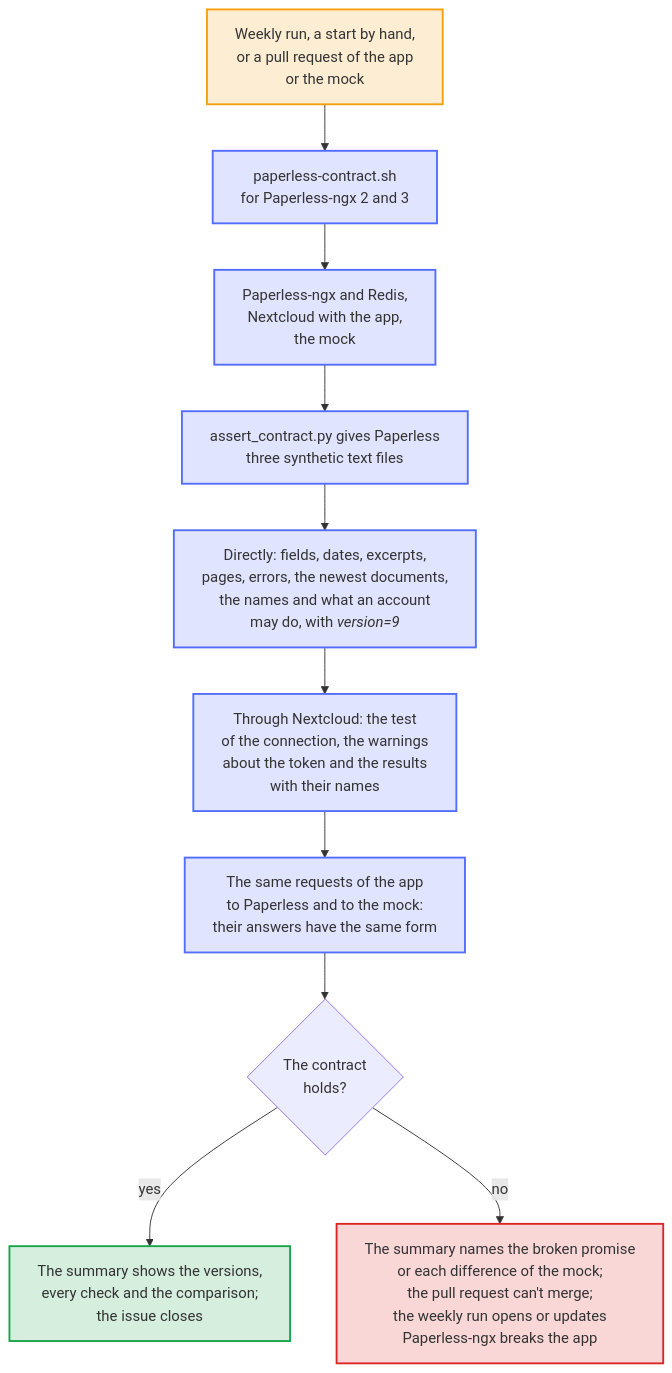
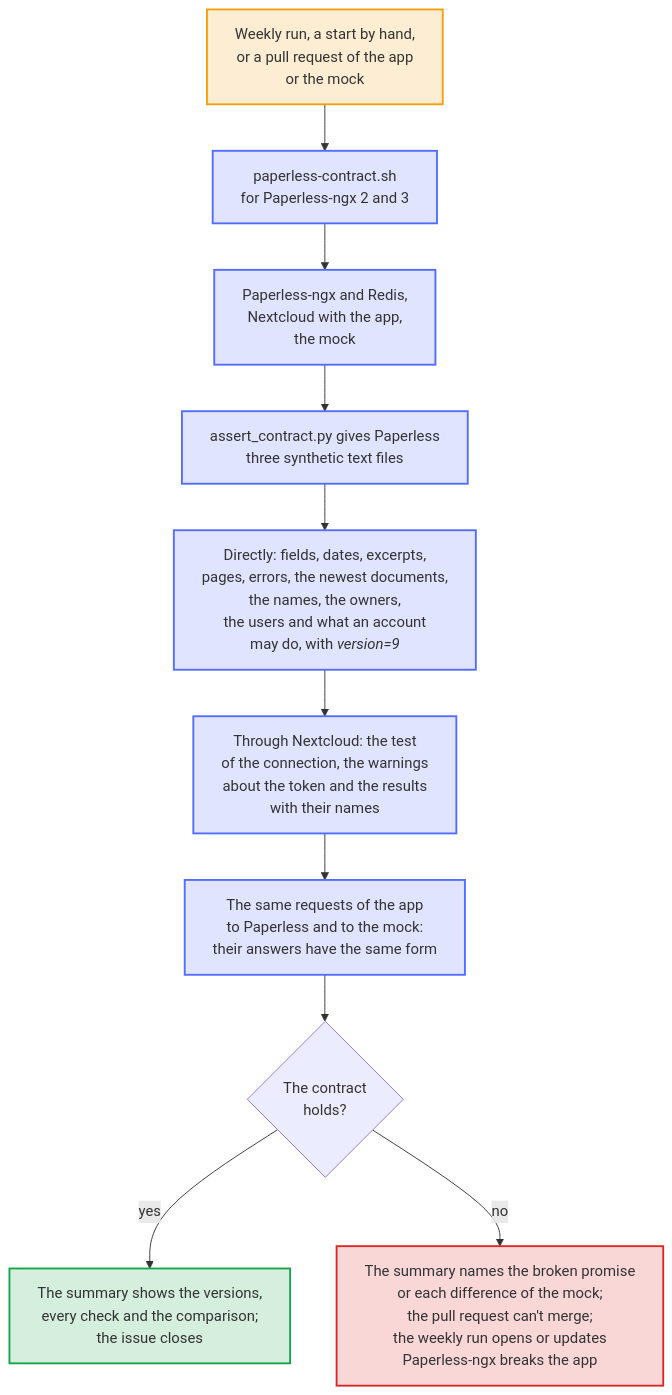
The diagram in docs/diagrams/the-contract-with-paperless.mmd (Dennis-Otto/paperless-unified-search), drawn with Mermaid before and after one commit. The commit also changed 11 other files, not shown here.

First line of the commit message:
test(contract): the contract tests cover the owners request of occ check (#385)

```diff
--- a/docs/diagrams/the-contract-with-paperless.mmd
+++ b/docs/diagrams/the-contract-with-paperless.mmd
@@ -1,32 +1,32 @@
 ---
 config:
   flowchart:
     wrappingWidth: 400
 ---
 flowchart TB
     accTitle: The contract with a real Paperless-ngx
-    accDescr: Every Monday, when started by hand, and in a pull request that changes the app or the mock, the job paperless runs paperless-contract.sh for Paperless-ngx 2 and 3. It starts that Paperless with Redis, Nextcloud with the app and the mock, and assert_contract.py gives Paperless three synthetic text files. Then it checks, with the version of the API and the fields that the app asks for, the fields, dates, excerpts, pages and errors, the newest documents, the names of correspondents, types and tags and what /api/ui_settings/ says an account may do directly, and the test of the connection, the warnings about the token and the results with their names through Nextcloud. Then it sends the requests of the app to this Paperless and to the mock, whose answers have to have the same form. The summary of the job shows the versions, every check and every difference of the mock. A broken contract fails the required check, so the pull request can't merge; a failed weekly run opens or updates the issue Paperless-ngx breaks the app, and a run that passes closes it.
+    accDescr: Every Monday, when started by hand, and in a pull request that changes the app or the mock, the job paperless runs paperless-contract.sh for Paperless-ngx 2 and 3. It starts that Paperless with Redis, Nextcloud with the app and the mock, and assert_contract.py gives Paperless three synthetic text files. Then it checks, with the version of the API and the fields that the app asks for, the fields, dates, excerpts, pages and errors, the newest documents, the names of correspondents, types and tags, the owners of the documents and the users that occ paperless_unified_search:check and the search read, and what /api/ui_settings/ says an account may do directly, and the test of the connection, the warnings about the token and the results with their names through Nextcloud. Then it sends the requests of the app to this Paperless and to the mock, whose answers have to have the same form. The summary of the job shows the versions, every check and every difference of the mock. A broken contract fails the required check, so the pull request can't merge; a failed weekly run opens or updates the issue Paperless-ngx breaks the app, and a run that passes closes it.
 
     trigger["Weekly run, a start by hand,<br>or a pull request of the app<br>or the mock"]
     script["paperless-contract.sh<br>for Paperless-ngx 2 and 3"]
     start["Paperless-ngx and Redis,<br>Nextcloud with the app,<br>the mock"]
     seed["assert_contract.py gives Paperless<br>three synthetic text files"]
-    direct["`Directly: fields, dates, excerpts,<br>pages, errors, the newest documents,<br>the names and what an account<br>may do, with *version=9*`"]
+    direct["`Directly: fields, dates, excerpts,<br>pages, errors, the newest documents,<br>the names, the owners,<br>the users and what an account<br>may do, with *version=9*`"]
     through["Through Nextcloud: the test<br>of the connection, the warnings<br>about the token and the results<br>with their names"]
     mock["The same requests of the app<br>to Paperless and to the mock:<br>their answers have the same form"]
     holds{"The contract<br>holds?"}
     passed["The summary shows the versions,<br>every check and the comparison;<br>the issue closes"]
     failed["The summary names the broken promise<br>or each difference of the mock;<br>the pull request can't merge;<br>the weekly run opens or updates<br>Paperless-ngx breaks the app"]
 
     trigger --> script --> start --> seed --> direct --> through --> mock --> holds
     holds -- "yes" --> passed
     holds -- "no" --> failed
 
     classDef person fill:#f59e0b2e,stroke:#f59e0b,stroke-width:2px
     classDef bot fill:#526cfe2e,stroke:#526cfe,stroke-width:2px
     classDef done fill:#16a34a2e,stroke:#16a34a,stroke-width:2px
     classDef fail fill:#dc26262e,stroke:#dc2626,stroke-width:2px
     class trigger person
     class script,start,seed,direct,through,mock bot
     class passed done
     class failed fail
```
